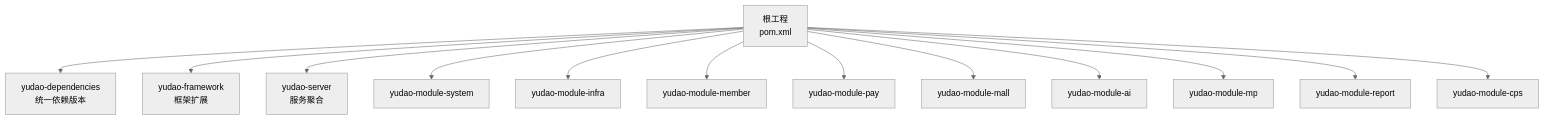
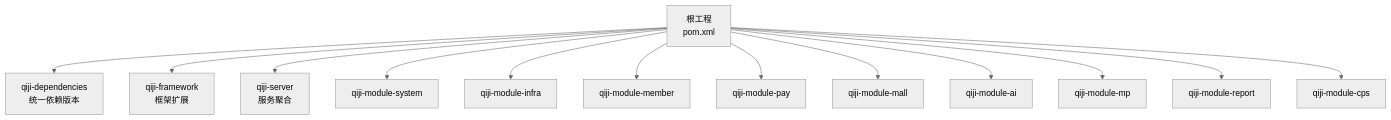
Before and after one commit to zhuangpengLI/AgenticCPS: the first of 3 diagrams in backend/.qoder/repowiki/zh/content/开发指南/开发环境搭建.md, drawn with Mermaid (neutral theme). The commit also changed other lines of this file and 3489 other files, not shown here.

````diff
--- a/backend/.qoder/repowiki/zh/content/开发指南/开发环境搭建.md
+++ b/backend/.qoder/repowiki/zh/content/开发指南/开发环境搭建.md
@@ -39,15 +39,15 @@
 ```mermaid
 graph TB
-A["根工程<br/>pom.xml"] --> B["yudao-dependencies<br/>统一依赖版本"]
-A --> C["yudao-framework<br/>框架扩展"]
-A --> D["yudao-server<br/>服务聚合"]
-A --> E["yudao-module-system"]
-A --> F["yudao-module-infra"]
-A --> G["yudao-module-member"]
-A --> H["yudao-module-pay"]
-A --> I["yudao-module-mall"]
-A --> J["yudao-module-ai"]
-A --> K["yudao-module-mp"]
-A --> L["yudao-module-report"]
-A --> M["yudao-module-cps"]
+A["根工程<br/>pom.xml"] --> B["qiji-dependencies<br/>统一依赖版本"]
+A --> C["qiji-framework<br/>框架扩展"]
+A --> D["qiji-server<br/>服务聚合"]
+A --> E["qiji-module-system"]
+A --> F["qiji-module-infra"]
+A --> G["qiji-module-member"]
+A --> H["qiji-module-pay"]
+A --> I["qiji-module-mall"]
+A --> J["qiji-module-ai"]
+A --> K["qiji-module-mp"]
+A --> L["qiji-module-report"]
+A --> M["qiji-module-cps"]
 ```
````
